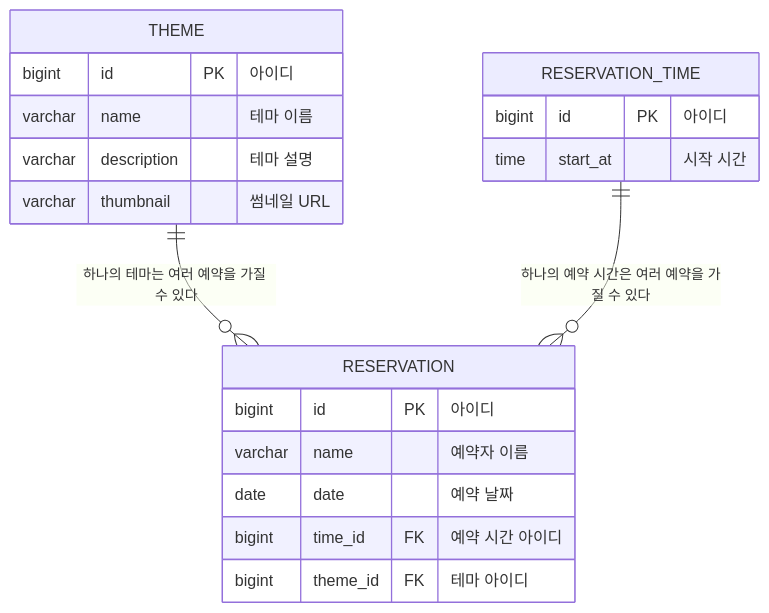
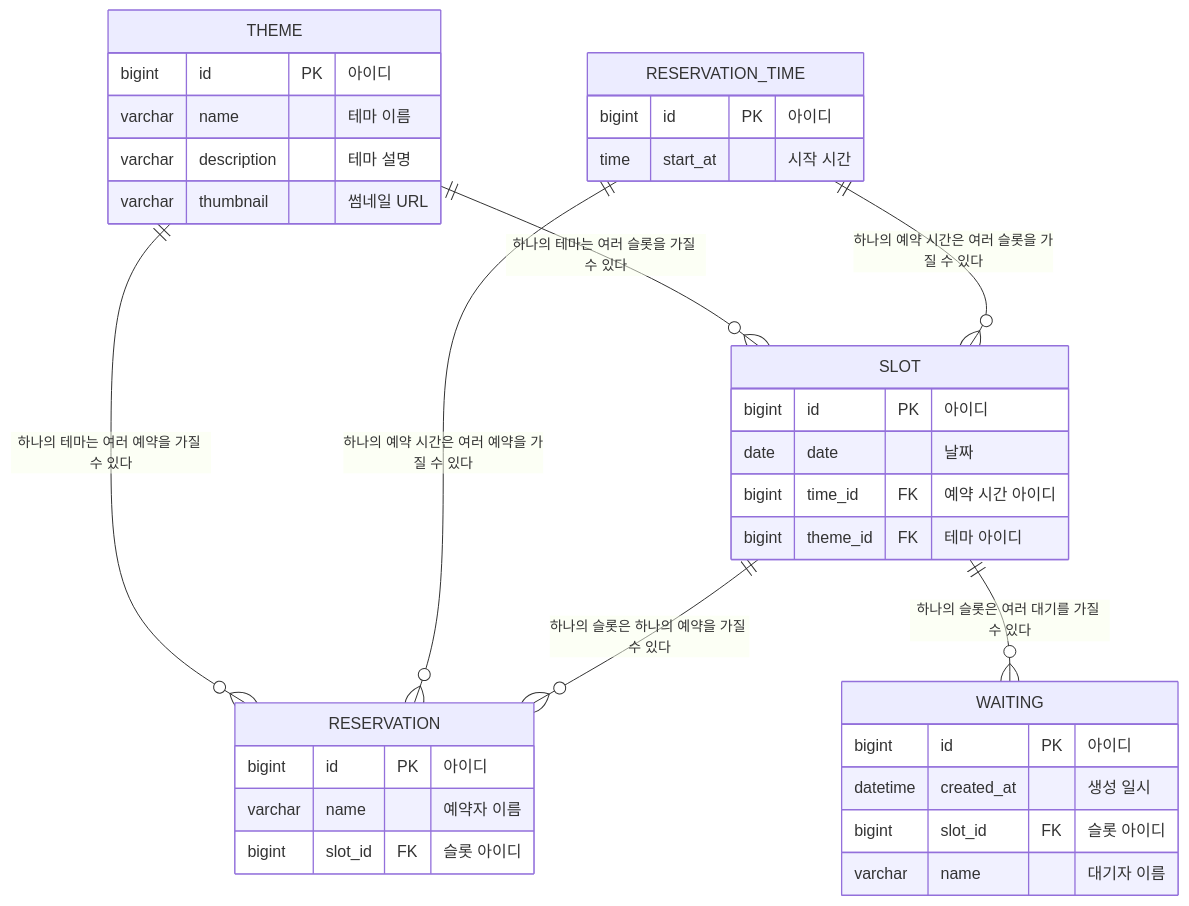
One commit to woowacourse/spring-roomescape-waiting changed the diagram in docs/ERD.md. Above: the diagram before and after it, drawn with Mermaid. The commit also changed 1 other file, not shown here.

Commit message:
docs: API 명세서 및 ERD 작성

````diff
--- a/docs/ERD.md
+++ b/docs/ERD.md
@@ -3,25 +3,41 @@
 ```mermaid
 erDiagram
     THEME ||--o{ RESERVATION : "하나의 테마는 여러 예약을 가질 수 있다"
     RESERVATION_TIME ||--o{ RESERVATION : "하나의 예약 시간은 여러 예약을 가질 수 있다"
+    SLOT ||--o{ RESERVATION : "하나의 슬롯은 하나의 예약을 가질 수 있다"
+    SLOT ||--o{ WAITING : "하나의 슬롯은 여러 대기를 가질 수 있다"
+    THEME ||--o{ SLOT : "하나의 테마는 여러 슬롯을 가질 수 있다"
+    RESERVATION_TIME ||--o{ SLOT : "하나의 예약 시간은 여러 슬롯을 가질 수 있다"
     
     THEME {
         bigint id PK "아이디"
         varchar name "테마 이름"
         varchar description "테마 설명"
         varchar thumbnail "썸네일 URL"
     }
     
     RESERVATION_TIME {
         bigint id PK "아이디"
         time start_at "시작 시간"
     }
     
+    SLOT {
+        bigint id PK "아이디"
+        date date "날짜"
+        bigint time_id FK "예약 시간 아이디"
+        bigint theme_id FK "테마 아이디"
+    }
+    
     RESERVATION {
         bigint id PK "아이디"
         varchar name "예약자 이름"
-        date date "예약 날짜"
-        bigint time_id FK "예약 시간 아이디"
-        bigint theme_id FK "테마 아이디"
+        bigint slot_id FK "슬롯 아이디"
+    }
+
+    WAITING {
+        bigint id PK "아이디"
+        datetime created_at "생성 일시"
+        bigint slot_id FK "슬롯 아이디"
+        varchar name "대기자 이름"
     }
 ```
````
